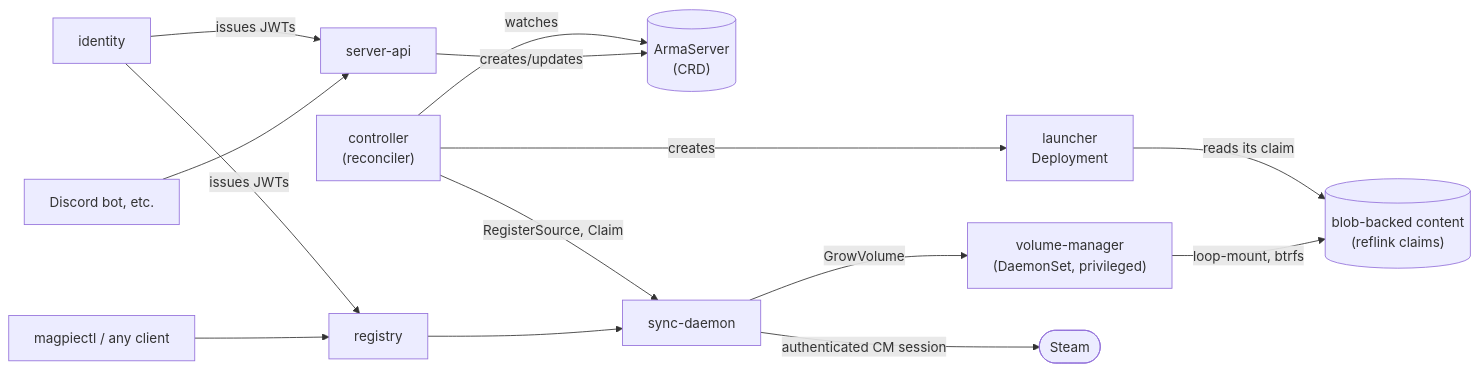
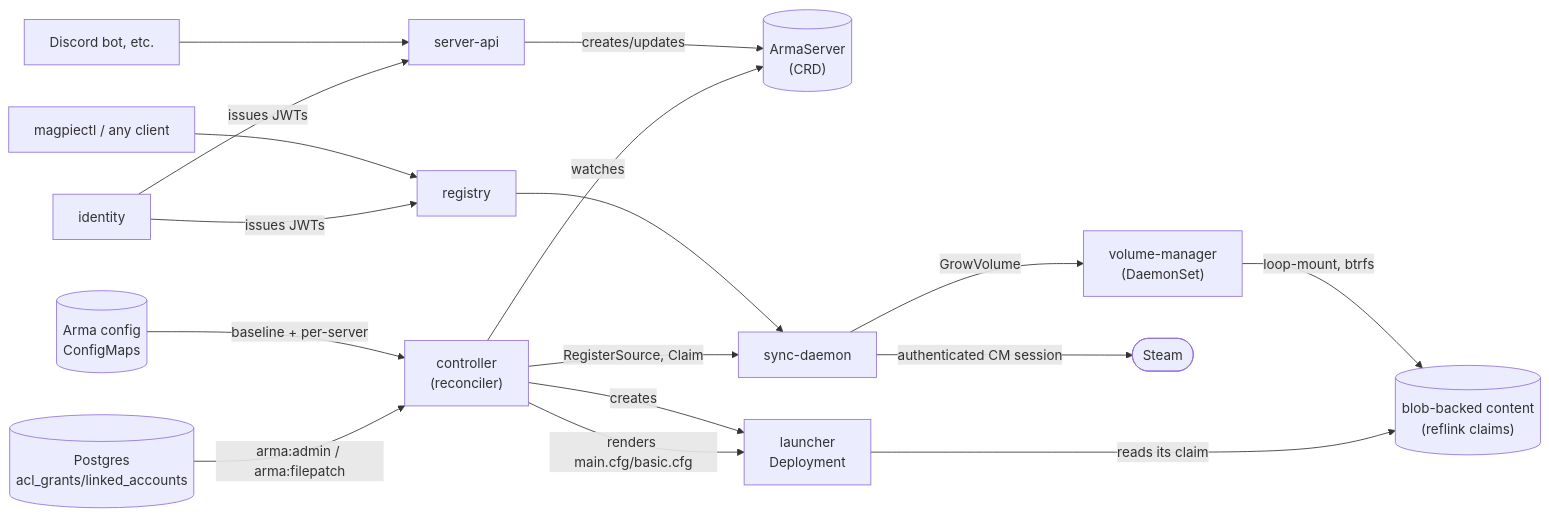
The diagram in README.md (skua-international/magpie), drawn with Mermaid before and after one commit. The commit also changed other lines of this file, not shown here.

First line of the commit message:
docs: Arma server config section, true up architecture diagram

````diff
--- a/README.md
+++ b/README.md
@@ -9,21 +9,25 @@
 ```mermaid
 flowchart LR
     bot["Discord bot, etc."] --> serverapi["server-api"]
     serverapi -->|creates/updates| armaserver[("ArmaServer<br/>(CRD)")]
 
     client["magpiectl / any client"] --> registry["registry"]
     registry --> syncdaemon["sync-daemon"]
 
     controller["controller<br/>(reconciler)"] -->|watches| armaserver
     controller -->|creates| launcher["launcher<br/>Deployment"]
     controller -->|RegisterSource, Claim| syncdaemon
 
-    syncdaemon -->|GrowVolume| volumemanager["volume-manager<br/>(DaemonSet, privileged)"]
+    syncdaemon -->|GrowVolume| volumemanager["volume-manager<br/>(DaemonSet)"]
     volumemanager -->|loop-mount, btrfs| blob[("blob-backed content<br/>(reflink claims)")]
     launcher -->|reads its claim| blob
+
+    armaconfig[("Arma config<br/>ConfigMaps")] -->|baseline + per-server| controller
+    postgres[("Postgres<br/>acl_grants/linked_accounts")] -->|arma:admin / arma:filepatch| controller
+    controller -->|renders main.cfg/basic.cfg| launcher
 
     identity["identity"] -->|issues JWTs| serverapi
     identity -->|issues JWTs| registry
 
     syncdaemon -->|authenticated CM session| steam(["Steam"])
 ```
````
